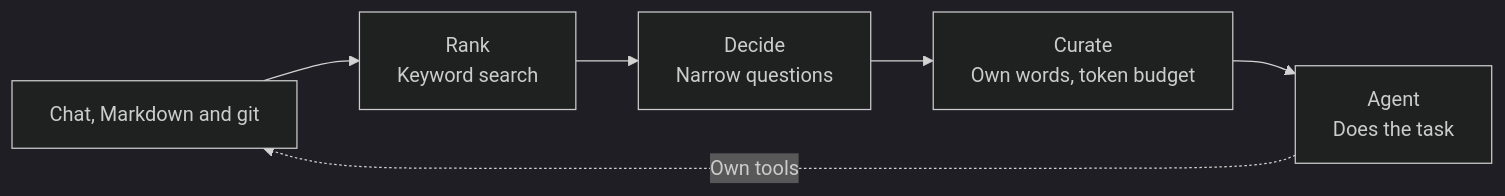
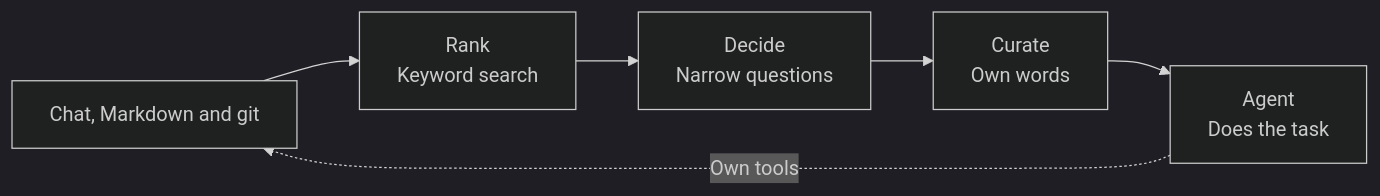
One commit to jonny981/curate changed the diagram in README.md. Above: the diagram before and after it, drawn with Mermaid (dark theme). The commit also changed other lines of this file and 15 other files, not shown here.

````diff
--- a/README.md
+++ b/README.md
@@ -539,8 +539,8 @@
 ```mermaid
 flowchart LR
   sources["Chat, Markdown and git"] --> rank["Rank<br/>Keyword search"]
   rank --> decide["Decide<br/>Narrow questions"]
-  decide --> curate["Curate<br/>Own words, token budget"]
+  decide --> curate["Curate<br/>Own words"]
   curate --> agent["Agent<br/>Does the task"]
   agent -. "Own tools" .-> sources
 ```
````
